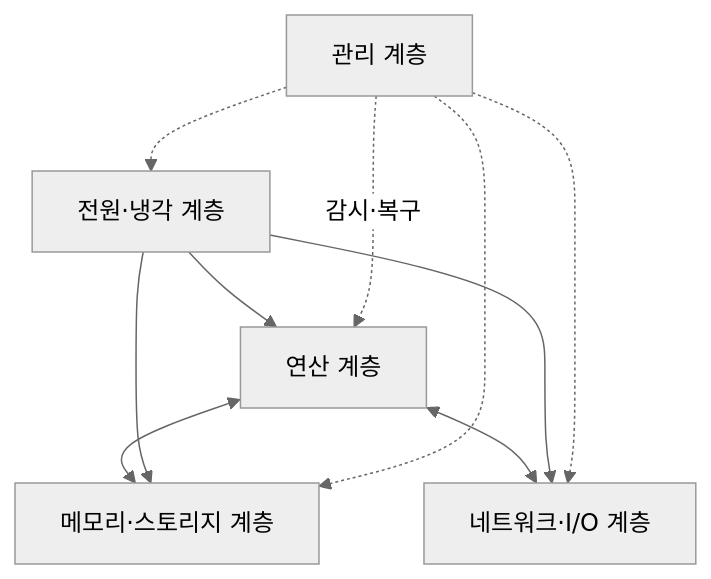
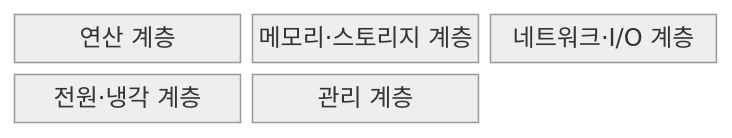
Before and after one commit to agnusdei1207/knowledge-base: the first of 2 diagrams in src/content/docs/notes/02-hardware/054_data_center_server_architecture.md, drawn with Mermaid (neutral theme). The commit also changed other lines of this file and 20 other files, not shown here.

````diff
--- a/src/content/docs/notes/02-hardware/054_data_center_server_architecture.md
+++ b/src/content/docs/notes/02-hardware/054_data_center_server_architecture.md
@@ -69,12 +67,9 @@
 ```mermaid
-flowchart TB
-    C[연산 계층] <--> M[메모리·스토리지 계층]
-    C <--> N[네트워크·I/O 계층]
-    P[전원·냉각 계층] --> C
-    P --> M
-    P --> N
-    B[관리 계층] -. 감시·복구 .-> C
-    B -.-> M
-    B -.-> N
-    B -.-> P
+block
+    columns 3
+    C["연산 계층"]
+    M["메모리·스토리지 계층"]
+    N["네트워크·I/O 계층"]
+    P["전원·냉각 계층"]
+    B["관리 계층"]
 ```
````
